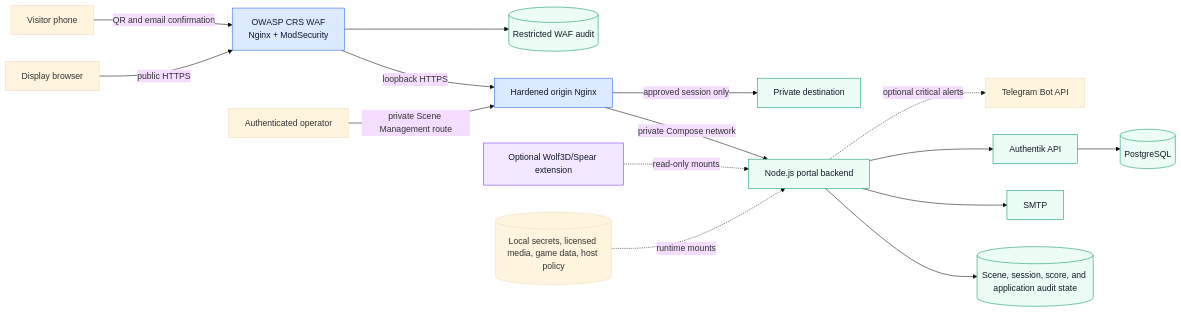
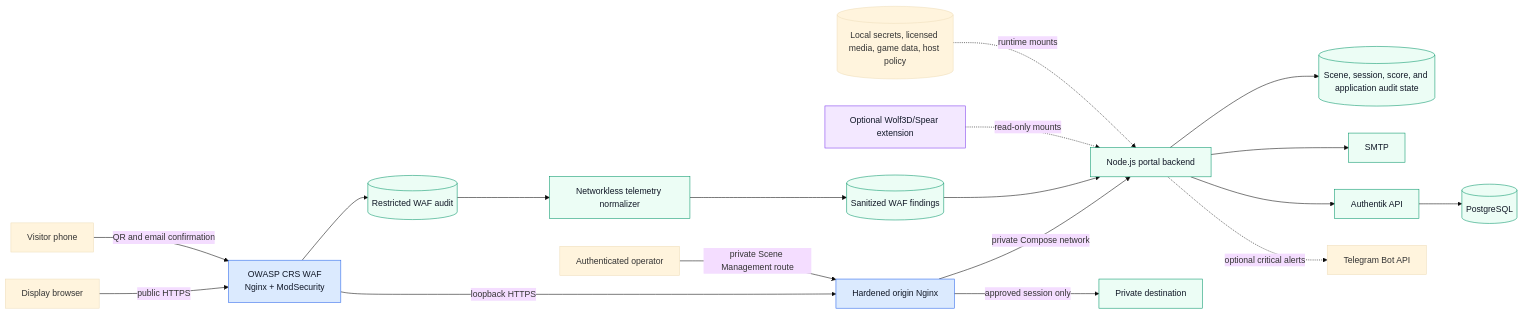
One commit to zipkindev/scene-access-platform changed the first of 3 diagrams in README.md. Above: the diagram before and after it, drawn with Mermaid (base theme). The commit also changed other lines of this file, not shown here.

Commit message:
Record integrated WAF monitoring architecture

````diff
--- a/README.md
+++ b/README.md
@@ -72,27 +76,30 @@
 ```mermaid
 flowchart LR
     Display[Display browser] -->|public HTTPS| WAF[OWASP CRS WAF<br/>Nginx + ModSecurity]
     Phone[Visitor phone] -->|QR and email confirmation| WAF
     WAF -->|loopback HTTPS| Edge[Hardened origin Nginx]
     Operator[Authenticated operator] -->|private Scene Management route| Edge
 
     Edge -->|private Compose network| Backend[Node.js portal backend]
     Edge -->|approved session only| Service[Private destination]
 
     WAF --> WAudit[(Restricted WAF audit)]
+    WAudit --> Collector[Networkless telemetry normalizer]
+    Collector --> WFeed[(Sanitized WAF findings)]
+    WFeed --> Backend
     Backend --> State[(Scene, session, score, and application audit state)]
     Backend --> Mail[SMTP]
     Backend --> Identity[Authentik API]
     Backend -. optional critical alerts .-> Telegram[Telegram Bot API]
     Identity --> Postgres[(PostgreSQL)]
 
     Wolf[Optional Wolf3D/Spear extension] -. read-only mounts .-> Backend
     Local[(Local secrets, licensed media, game data, host policy)] -. runtime mounts .-> Backend
 
     classDef edge fill:#dbeafe,stroke:#2563eb,color:#111827
     classDef private fill:#ecfdf5,stroke:#059669,color:#111827
     classDef optional fill:#f3e8ff,stroke:#7c3aed,color:#111827
     class WAF,Edge edge
-    class Backend,State,WAudit,Mail,Identity,Postgres,Service private
+    class Backend,State,WAudit,Collector,WFeed,Mail,Identity,Postgres,Service private
     class Wolf optional
 ```
````
